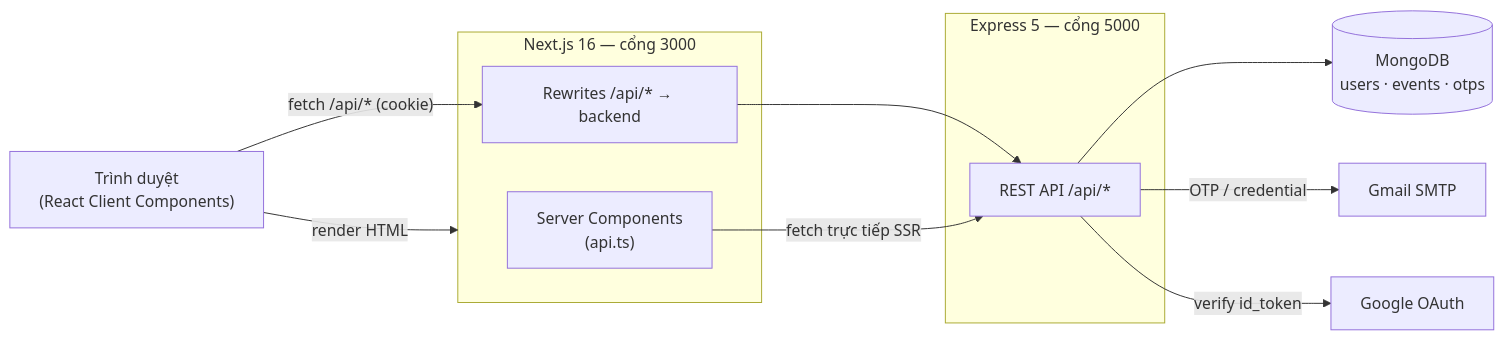
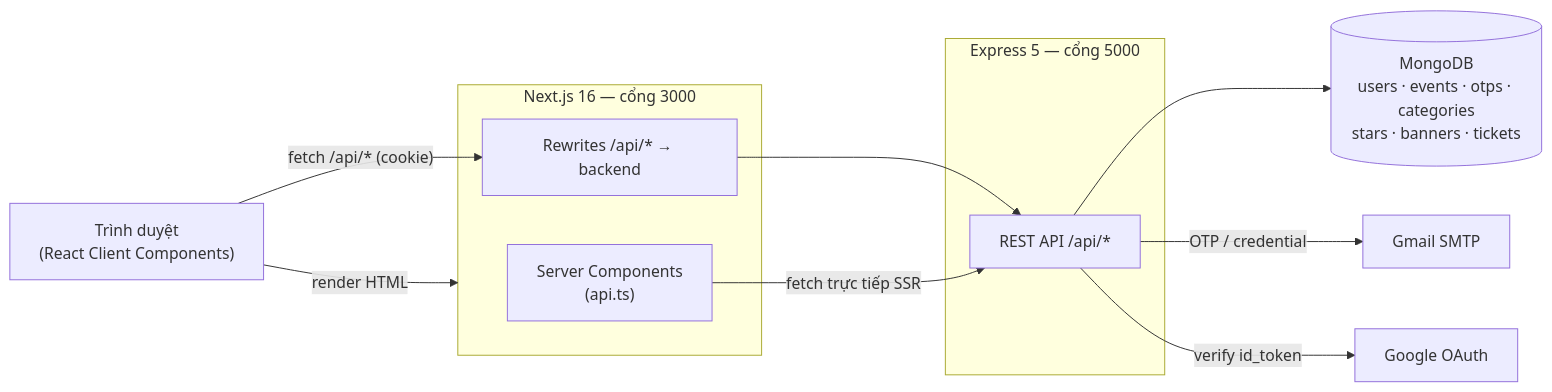
One commit to tunanhz/Event_Management changed the first of 7 diagrams in docs/system-architecture.md. Above: the diagram before and after it, drawn with Mermaid. The commit also changed other lines of this file and 12 other files, not shown here.

````diff
--- a/docs/system-architecture.md
+++ b/docs/system-architecture.md
@@ -11,21 +11,21 @@
 ```mermaid
 flowchart LR
   B["Trình duyệt<br/>(React Client Components)"]
   subgraph Next["Next.js 16 — cổng 3000"]
     RSC["Server Components<br/>(api.ts)"]
     RW["Rewrites /api/* → backend"]
   end
   subgraph Exp["Express 5 — cổng 5000"]
     API["REST API /api/*"]
   end
-  DB[("MongoDB<br/>users · events · otps")]
+  DB[("MongoDB<br/>users · events · otps · categories<br/>stars · banners · tickets")]
   MAIL["Gmail SMTP"]
   GOOG["Google OAuth"]
 
   B -- "fetch /api/* (cookie)" --> RW --> API
   B -- "render HTML" --> Next
   RSC -- "fetch trực tiếp SSR" --> API
   API --> DB
   API -- "OTP / credential" --> MAIL
   API -- "verify id_token" --> GOOG
 ```
````
